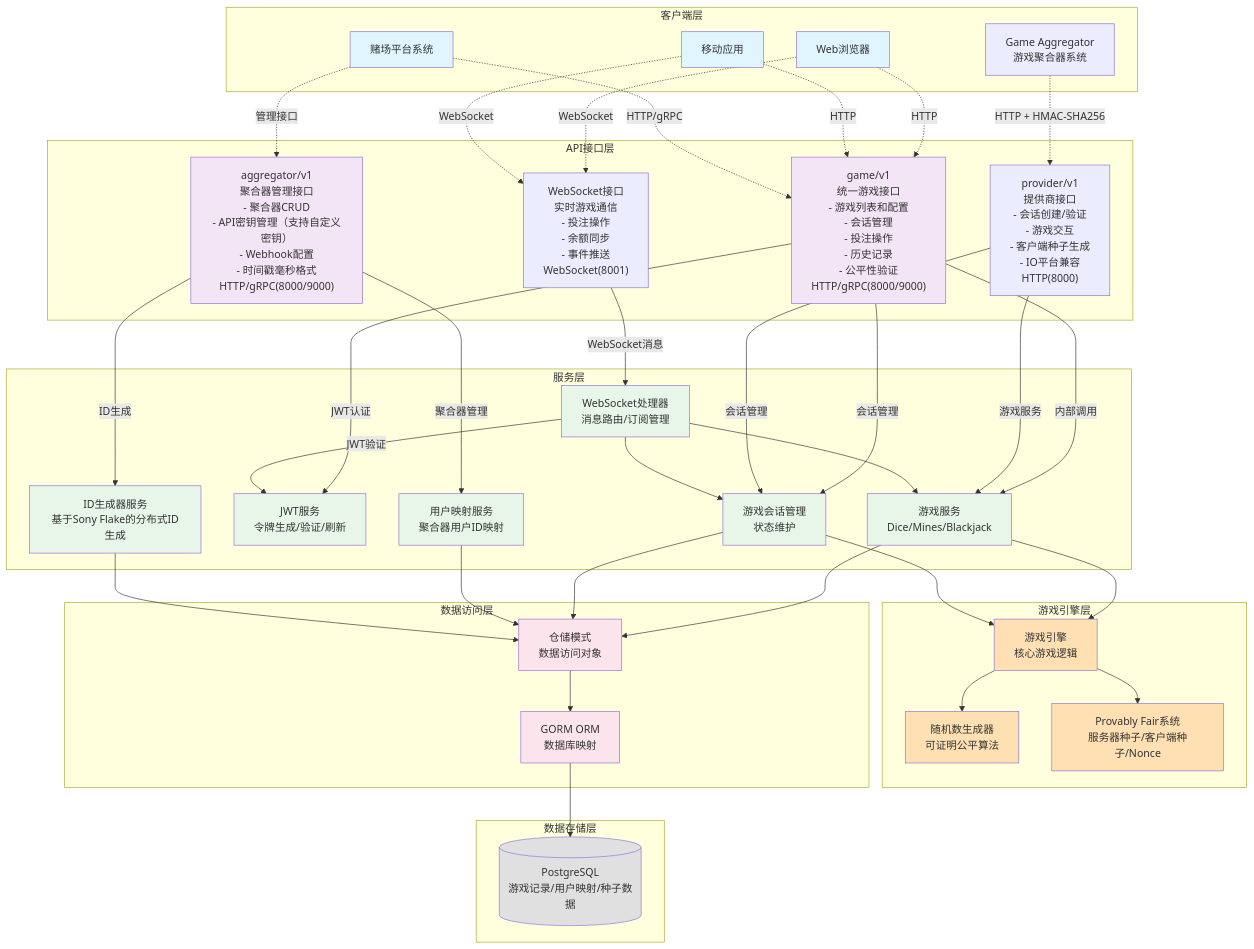
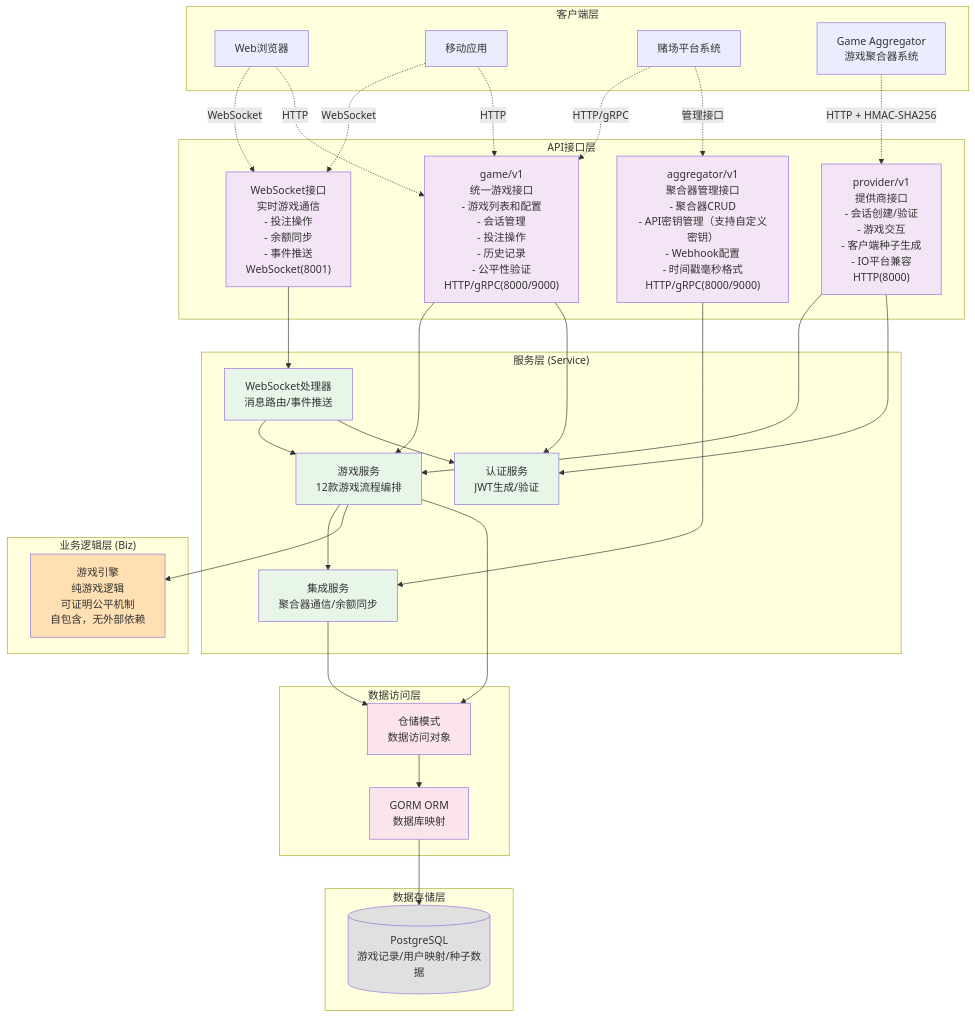
The first of 2 diagrams in architecture-zh.md (infigaming-com/invoker-gh-pages), drawn with Mermaid before and after one commit. The commit also changed other lines of this file and 6 other files, not shown here.

```diff
--- a/architecture-zh.md
+++ b/architecture-zh.md
@@ -34,19 +44,15 @@
         WS_API["WebSocket接口<br/>实时游戏通信<br/>- 投注操作<br/>- 余额同步<br/>- 事件推送<br/>WebSocket(8001)"]
     end
 
-    subgraph "服务层"
-        GAME_SVC[游戏服务<br/>Dice/Mines/Blackjack]
-        JWT_SVC[JWT服务<br/>令牌生成/验证/刷新]
-        WS_HANDLER[WebSocket处理器<br/>消息路由/订阅管理]
-        SESSION_MGR[游戏会话管理<br/>状态维护]
-        ID_GEN[ID生成器服务<br/>基于Sony Flake的分布式ID生成]
-        USER_SVC[用户映射服务<br/>聚合器用户ID映射]
+    subgraph "服务层 (Service)"
+        GAME_SVC[游戏服务<br/>12款游戏流程编排]
+        JWT_SVC[认证服务<br/>JWT生成/验证]
+        WS_HANDLER[WebSocket处理器<br/>消息路由/事件推送]
+        INTEGRATION[集成服务<br/>聚合器通信/余额同步]
     end
 
-    subgraph "游戏引擎层"
-        ENGINE[游戏引擎<br/>核心游戏逻辑]
-        RNG[随机数生成器<br/>可证明公平算法]
-        PROVABLY_FAIR[Provably Fair系统<br/>服务器种子/客户端种子/Nonce]
+    subgraph "业务逻辑层 (Biz)"
+        GAME_BIZ[游戏引擎<br/>纯游戏逻辑<br/>可证明公平机制<br/>自包含，无外部依赖]
     end
 
     subgraph "数据访问层"
@@ -68,50 +74,38 @@
     PLATFORM -.->|管理接口| AGGREGATOR_API
 
     %% 接口层到服务层
-    GAME_API -->|内部调用| GAME_SVC
-    GAME_API -->|会话管理| SESSION_MGR
-    GAME_API -->|JWT认证| JWT_SVC
-    AGGREGATOR_API -->|聚合器管理| USER_SVC
-    AGGREGATOR_API -->|ID生成| ID_GEN
-    PROVIDER_API -->|游戏服务| GAME_SVC
-    PROVIDER_API -->|会话管理| SESSION_MGR
-    WS_API -->|WebSocket消息| WS_HANDLER
-    
-    %% WebSocket连接
-    WS_HANDLER --> SESSION_MGR
+    GAME_API --> GAME_SVC
+    GAME_API --> JWT_SVC
+    AGGREGATOR_API --> INTEGRATION
+    PROVIDER_API --> GAME_SVC
+    PROVIDER_API --> JWT_SVC
+    WS_API --> WS_HANDLER
+
+    %% 服务层交互
     WS_HANDLER --> GAME_SVC
-    WS_HANDLER -->|JWT验证| JWT_SVC
+    WS_HANDLER --> JWT_SVC
+    GAME_SVC --> INTEGRATION
 
-    %% 服务层到游戏引擎
-    GAME_SVC --> ENGINE
-    ENGINE --> RNG
-    ENGINE --> PROVABLY_FAIR
-    SESSION_MGR --> ENGINE
+    %% 服务层到业务逻辑层
+    GAME_SVC --> GAME_BIZ
 
-    %% 服务层到数据层
+    %% 数据访问
     GAME_SVC --> REPO
-    SESSION_MGR --> REPO
-    USER_SVC --> REPO
-    ID_GEN --> REPO
+    INTEGRATION --> REPO
 
     %% 数据访问
     REPO --> GORM
     GORM --> PG
 
-    style WEB fill:#e1f5fe
-    style MOBILE fill:#e1f5fe
-    style PLATFORM fill:#e1f5fe
     style GAME_API fill:#f3e5f5
     style AGGREGATOR_API fill:#f3e5f5
+    style PROVIDER_API fill:#f3e5f5
+    style WS_API fill:#f3e5f5
     style GAME_SVC fill:#e8f5e9
     style JWT_SVC fill:#e8f5e9
     style WS_HANDLER fill:#e8f5e9
-    style SESSION_MGR fill:#e8f5e9
-    style ID_GEN fill:#e8f5e9
-    style USER_SVC fill:#e8f5e9
-    style ENGINE fill:#ffe0b2
-    style RNG fill:#ffe0b2
-    style PROVABLY_FAIR fill:#ffe0b2
+    style INTEGRATION fill:#e8f5e9
+    style GAME_BIZ fill:#ffe0b2
     style REPO fill:#fce4ec
     style GORM fill:#fce4ec
     style PG fill:#e0e0e0
```
